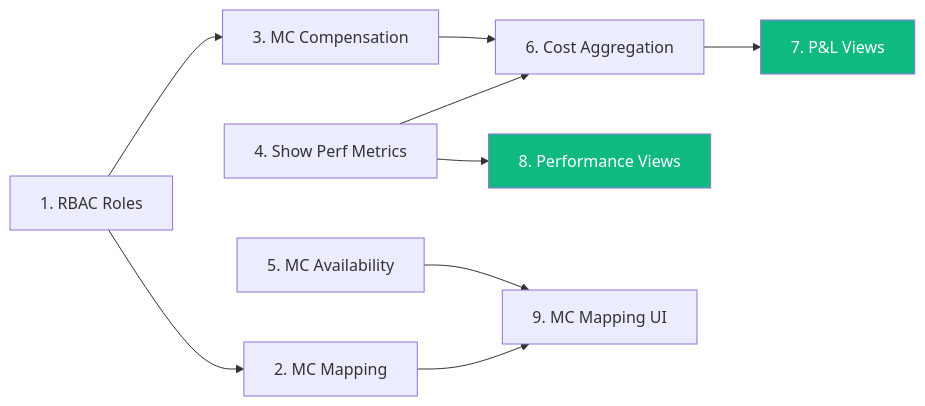
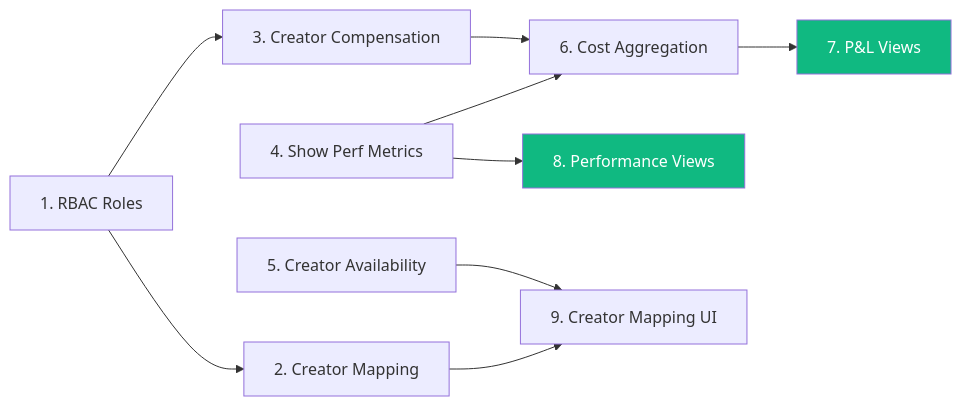
Before and after one commit to allenlin90/eridu-services: the diagram in docs/roadmap/PHASE_4.md, drawn with Mermaid. The commit also changed other lines of this file and 67 other files, not shown here.

````diff
--- a/docs/roadmap/PHASE_4.md
+++ b/docs/roadmap/PHASE_4.md
@@ -37,14 +44,14 @@
 ```mermaid
 graph LR
-    A["1. RBAC Roles"] --> B["2. MC Mapping"]
-    A --> C["3. MC Compensation"]
+    A["1. RBAC Roles"] --> B["2. Creator Mapping"]
+    A --> C["3. Creator Compensation"]
     D["4. Show Perf Metrics"] --> F["6. Cost Aggregation"]
     C --> F
     F --> G["7. P&L Views"]
     D --> H["8. Performance Views"]
-    B --> I["9. MC Mapping UI"]
-    E["5. MC Availability"] --> I
+    B --> I["9. Creator Mapping UI"]
+    E["5. Creator Availability"] --> I
 
     style G fill:#10B981,color:#fff
     style H fill:#10B981,color:#fff
 ```
````
